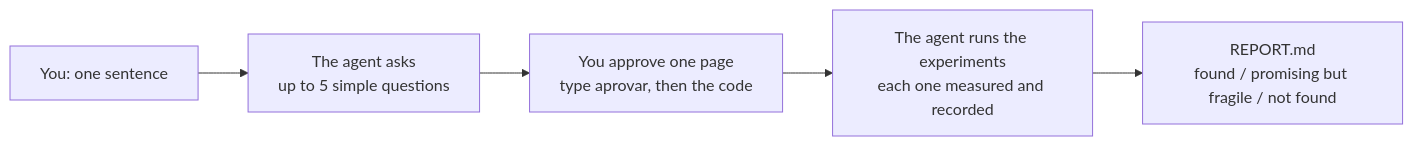
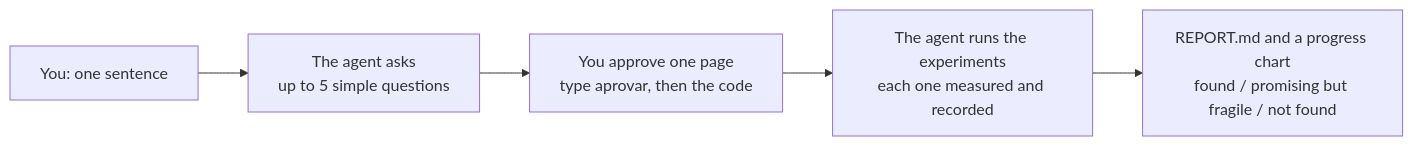
Before and after one commit to FrancyJGLisboa/honestlab: the diagram in README.md, drawn with Mermaid. The commit also changed other lines of this file and 27 other files, not shown here.

````diff
--- a/README.md
+++ b/README.md
@@ -49,7 +49,7 @@
 ```mermaid
 flowchart LR
     A["You: one sentence"] --> B["The agent asks<br/>up to 5 simple questions"]
     B --> C["You approve one page<br/>type aprovar, then the code"]
     C --> D["The agent runs the experiments<br/>each one measured and recorded"]
-    D --> E["REPORT.md<br/>found / promising but fragile / not found"]
+    D --> E["REPORT.md and a progress chart<br/>found / promising but fragile / not found"]
 ```
````
